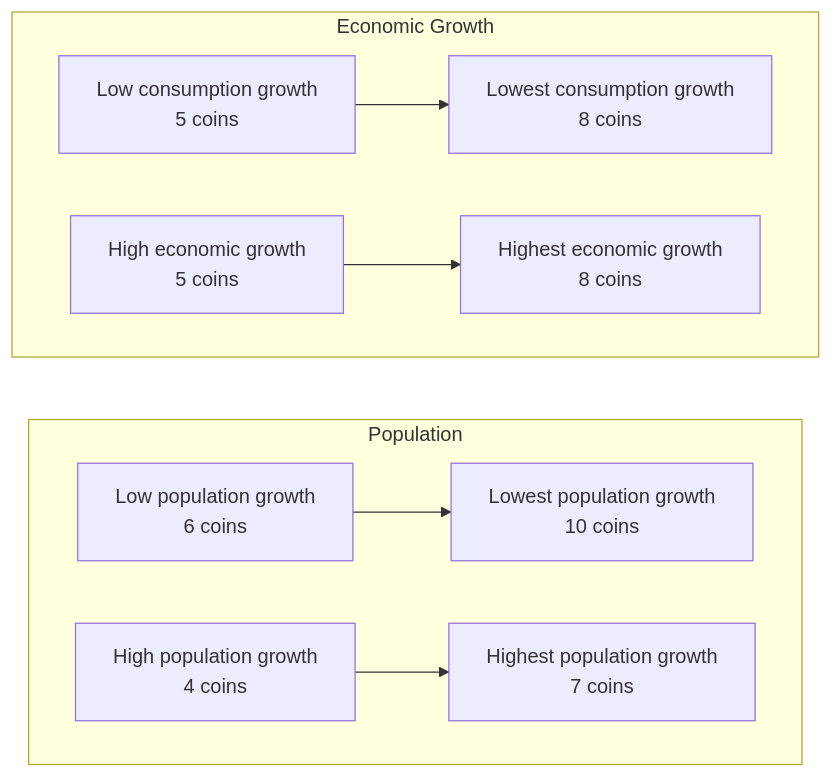
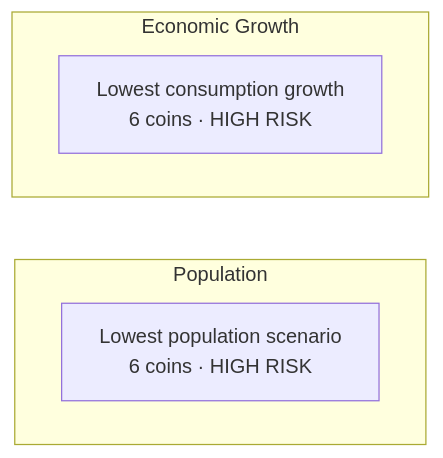
One commit to A-Weedy-Place/APECS_card-game changed the fifth of 9 diagrams in public/card-guide.md. Above: the diagram before and after it, drawn with Mermaid. The commit also changed other lines of this file and 43 other files, not shown here.

````diff
--- a/public/card-guide.md
+++ b/public/card-guide.md
@@ -248,21 +148,11 @@
 ```mermaid
 flowchart LR
-  subgraph path_population["Population"]
+  subgraph population["Population"]
     direction LR
-    population_low_1["Low population growth<br/>6 coins"]
-    population_low_2["Lowest population growth<br/>10 coins"]
-    population_high_1["High population growth<br/>4 coins"]
-    population_high_2["Highest population growth<br/>7 coins"]
-    population_low_1 --> population_low_2
-    population_high_1 --> population_high_2
+    population_v11_1["Lowest population scenario<br/>6 coins · HIGH RISK"]
   end
-  subgraph path_gdp["Economic Growth"]
+  subgraph gdp["Economic Growth"]
     direction LR
-    gdp_low_1["Low consumption growth<br/>5 coins"]
-    gdp_low_2["Lowest consumption growth<br/>8 coins"]
-    gdp_high_1["High economic growth<br/>5 coins"]
-    gdp_high_2["Highest economic growth<br/>8 coins"]
-    gdp_low_1 --> gdp_low_2
-    gdp_high_1 --> gdp_high_2
+    gdp_v11_1["Lowest consumption growth<br/>6 coins · HIGH RISK"]
   end
 ```
````
